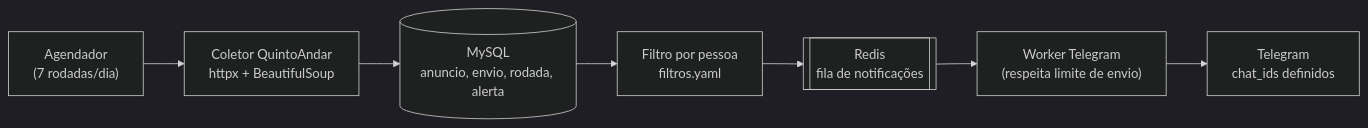
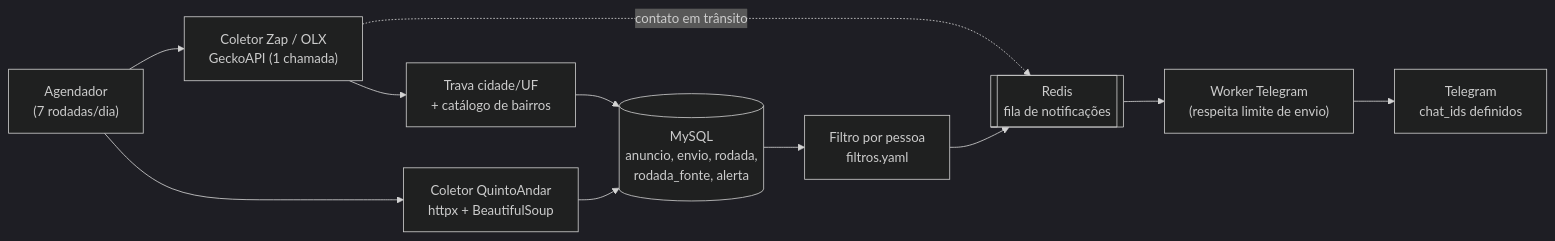
One commit to heitoroliveiro-dev/ape-bot changed the diagram in docs/arquitetura.md. Above: the diagram before and after it, drawn with Mermaid (dark theme). The commit also changed other lines of this file and 30 other files, not shown here.

````diff
--- a/docs/arquitetura.md
+++ b/docs/arquitetura.md
@@ -27,9 +30,13 @@
 ```mermaid
 flowchart LR
     agenda["Agendador<br/>(7 rodadas/dia)"] --> qa["Coletor QuintoAndar<br/>httpx + BeautifulSoup"]
-    qa --> db[("MySQL<br/>anuncio, envio, rodada, alerta")]
+    agenda --> zap["Coletor Zap / OLX<br/>GeckoAPI (1 chamada)"]
+    zap --> trava["Trava cidade/UF<br/>+ catálogo de bairros"]
+    trava --> db
+    zap -. "contato em trânsito" .-> fila
+    qa --> db[("MySQL<br/>anuncio, envio, rodada,<br/>rodada_fonte, alerta")]
     db --> filtro["Filtro por pessoa<br/>filtros.yaml"]
     filtro --> fila[["Redis<br/>fila de notificações"]]
     fila --> worker["Worker Telegram<br/>(respeita limite de envio)"]
     worker --> tg["Telegram<br/>chat_ids definidos"]
 ```
````
